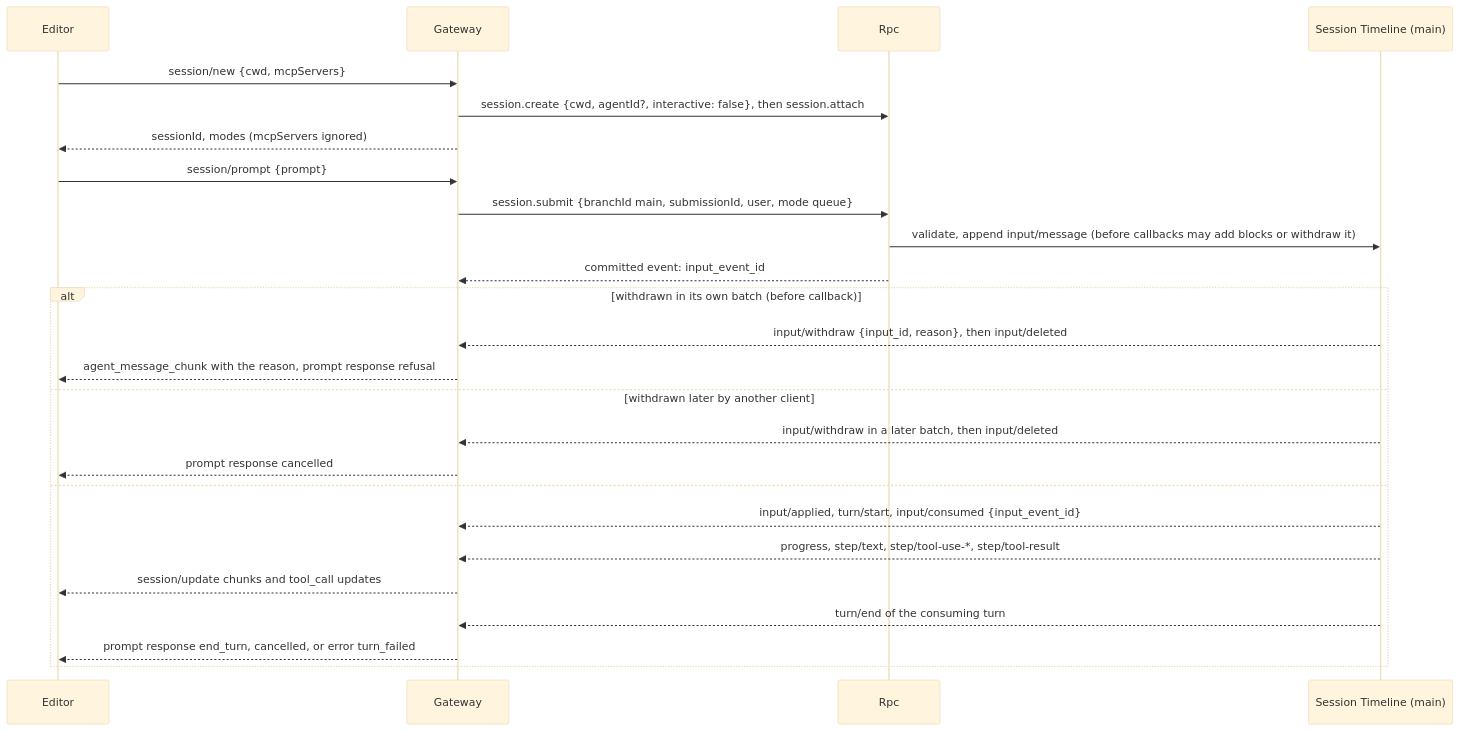
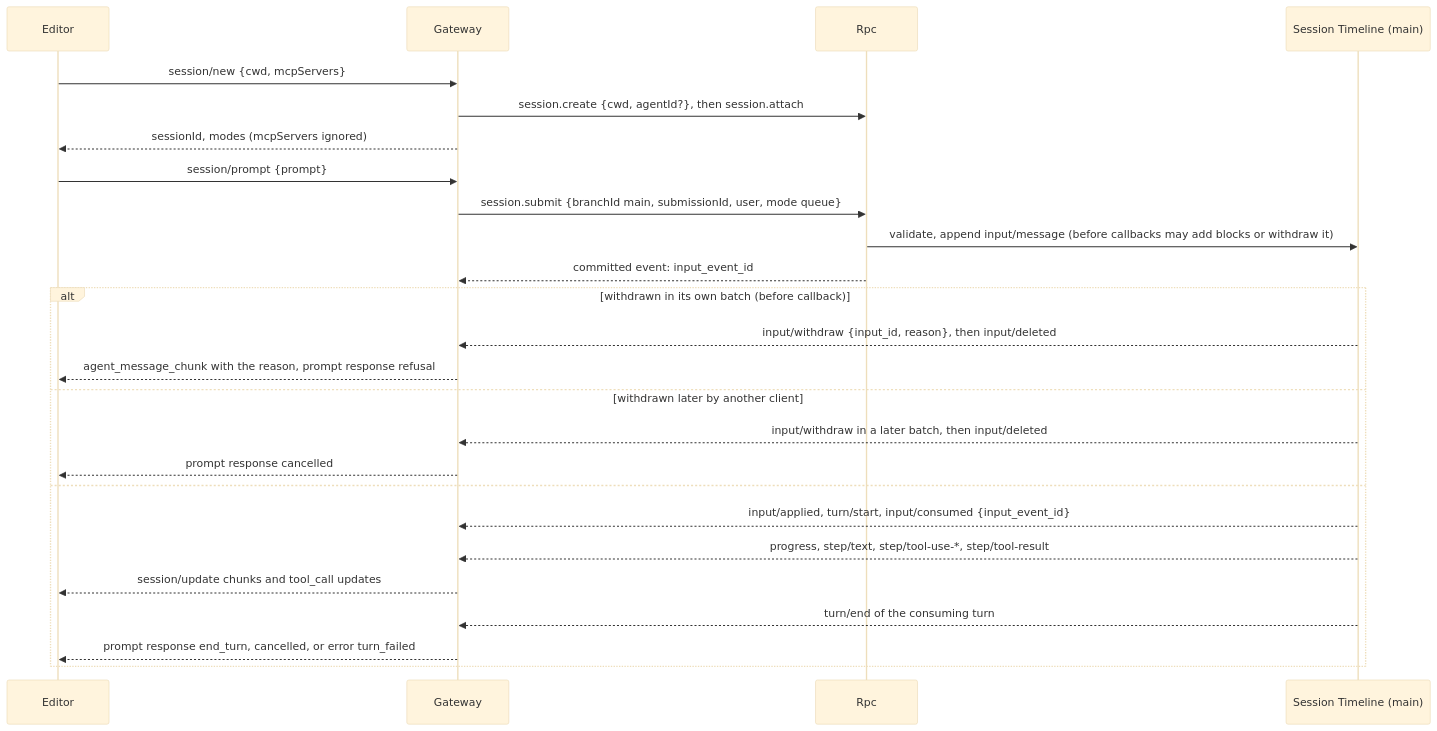
One commit to CoutinhoTTS/dim-agent changed the third of 5 diagrams in docs/design/plugins/AcpGateway.md. Above: the diagram before and after it, drawn with Mermaid (base theme). The commit also changed other lines of this file and 7 other files, not shown here.

````diff
--- a/docs/design/plugins/AcpGateway.md
+++ b/docs/design/plugins/AcpGateway.md
@@ -67,27 +67,27 @@
 ```mermaid
 sequenceDiagram
   participant E as Editor
   participant G as Gateway
   participant R as Rpc
   participant TL as Session Timeline (main)
   E->>G: session/new {cwd, mcpServers}
-  G->>R: session.create {cwd, agentId?, interactive: false}, then session.attach
+  G->>R: session.create {cwd, agentId?}, then session.attach
   G-->>E: sessionId, modes (mcpServers ignored)
   E->>G: session/prompt {prompt}
   G->>R: session.submit {branchId main, submissionId, user, mode queue}
   R->>TL: validate, append input/message (before callbacks may add blocks or withdraw it)
   R-->>G: committed event: input_event_id
   alt withdrawn in its own batch (before callback)
     TL-->>G: input/withdraw {input_id, reason}, then input/deleted
     G-->>E: agent_message_chunk with the reason, prompt response refusal
   else withdrawn later by another client
     TL-->>G: input/withdraw in a later batch, then input/deleted
     G-->>E: prompt response cancelled
   else
   TL-->>G: input/applied, turn/start, input/consumed {input_event_id}
   TL-->>G: progress, step/text, step/tool-use-*, step/tool-result
   G-->>E: session/update chunks and tool_call updates
   TL-->>G: turn/end of the consuming turn
   G-->>E: prompt response end_turn, cancelled, or error turn_failed
   end
 ```
````
